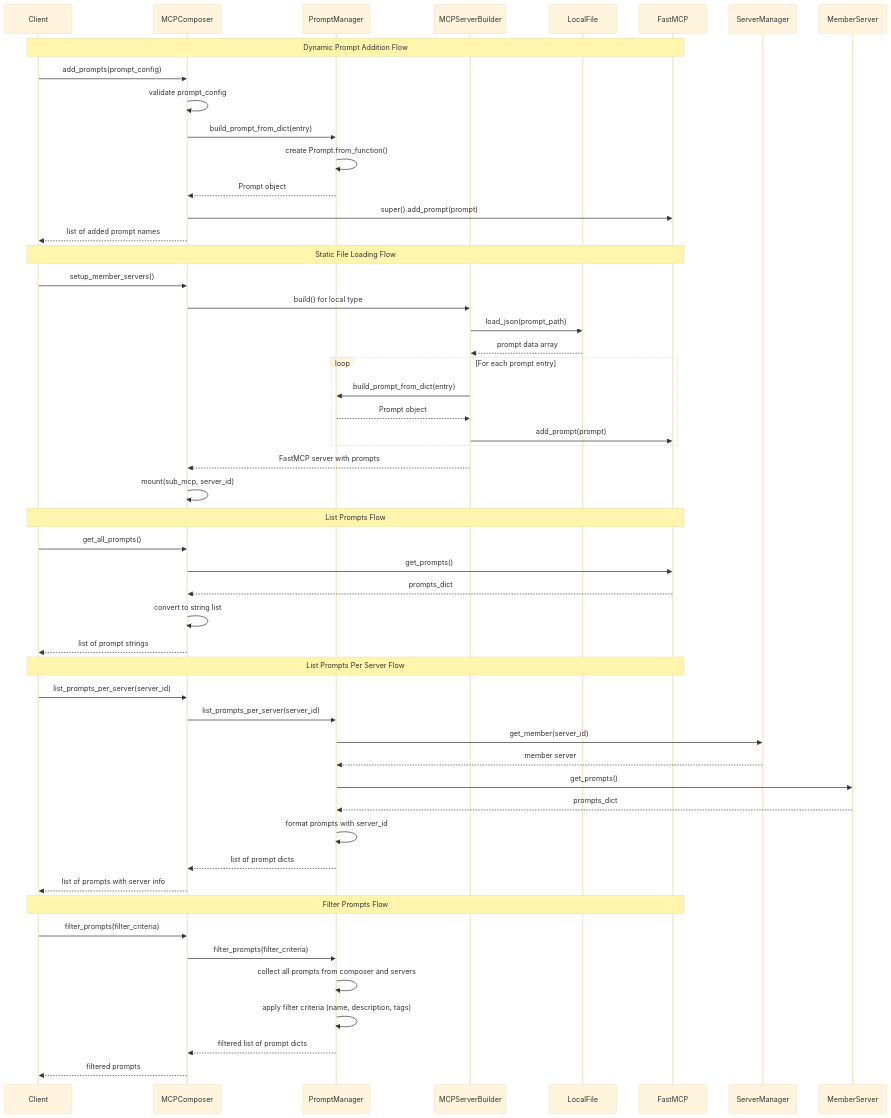
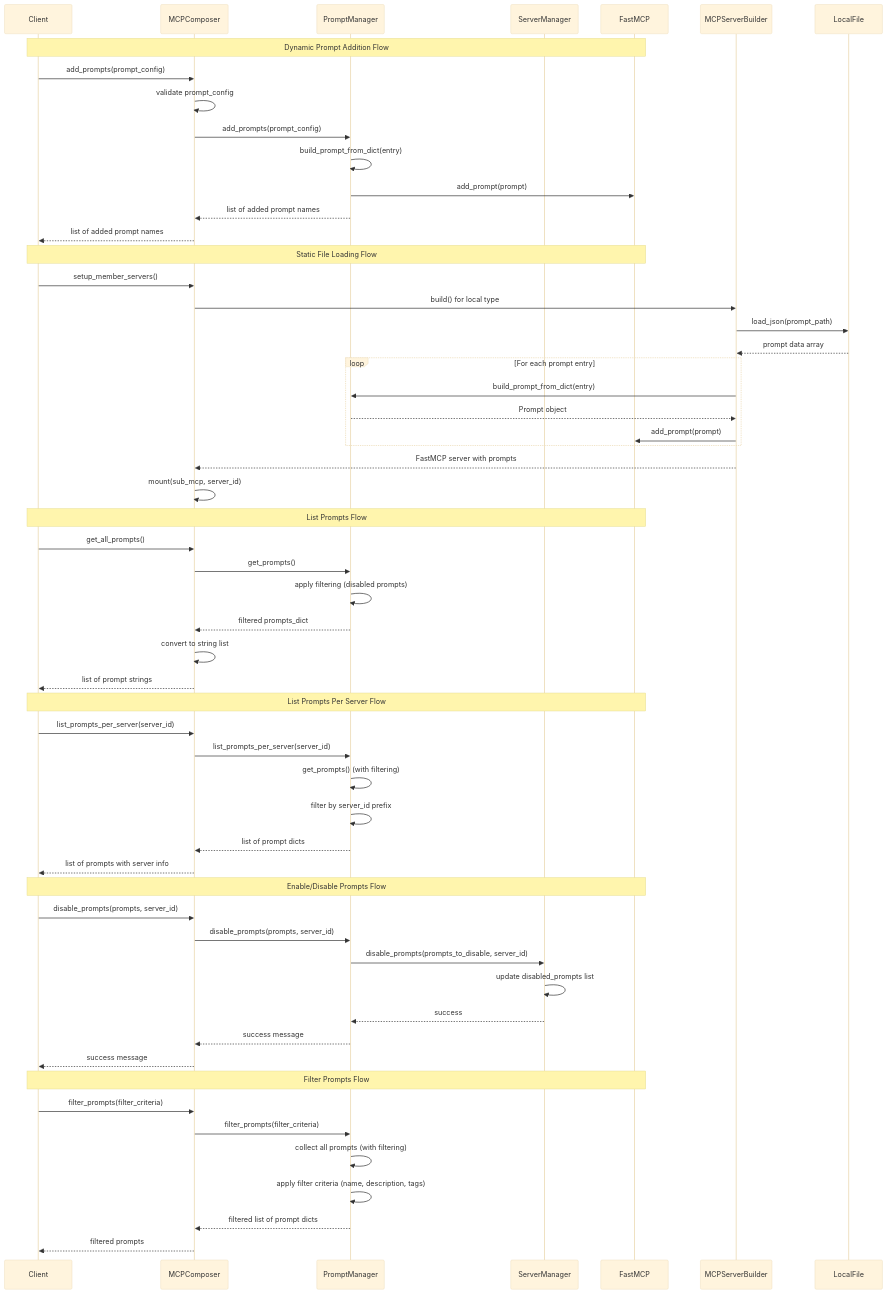
Before and after one commit to IBM/mcp-composer: the diagram in docs/guide/prompt-management.md, drawn with Mermaid (base theme). The commit also changed other lines of this file and 11 other files, not shown here.

First line of the commit message:
Added enable and disable for resource (#119)

````diff
--- a/docs/guide/prompt-management.md
+++ b/docs/guide/prompt-management.md
@@ -49,57 +55,63 @@
 ```mermaid
 sequenceDiagram
     participant Client
     participant MCPComposer
     participant PromptManager
-    participant MCPServerBuilder
-    participant LocalFile
+    participant ServerManager
     participant FastMCP
 
     Note over Client, FastMCP: Dynamic Prompt Addition Flow
     Client->>MCPComposer: add_prompts(prompt_config)
     MCPComposer->>MCPComposer: validate prompt_config
-    MCPComposer->>PromptManager: build_prompt_from_dict(entry)
-    PromptManager->>PromptManager: create Prompt.from_function()
-    PromptManager-->>MCPComposer: Prompt object
-    MCPComposer->>FastMCP: super().add_prompt(prompt)
+    MCPComposer->>PromptManager: add_prompts(prompt_config)
+    PromptManager->>PromptManager: build_prompt_from_dict(entry)
+    PromptManager->>FastMCP: add_prompt(prompt)
+    PromptManager-->>MCPComposer: list of added prompt names
     MCPComposer-->>Client: list of added prompt names
 
     Note over Client, FastMCP: Static File Loading Flow
     Client->>MCPComposer: setup_member_servers()
     MCPComposer->>MCPServerBuilder: build() for local type
     MCPServerBuilder->>LocalFile: load_json(prompt_path)
     LocalFile-->>MCPServerBuilder: prompt data array
     loop For each prompt entry
         MCPServerBuilder->>PromptManager: build_prompt_from_dict(entry)
         PromptManager-->>MCPServerBuilder: Prompt object
         MCPServerBuilder->>FastMCP: add_prompt(prompt)
     end
     MCPServerBuilder-->>MCPComposer: FastMCP server with prompts
     MCPComposer->>MCPComposer: mount(sub_mcp, server_id)
 
     Note over Client, FastMCP: List Prompts Flow
     Client->>MCPComposer: get_all_prompts()
-    MCPComposer->>FastMCP: get_prompts()
-    FastMCP-->>MCPComposer: prompts_dict
+    MCPComposer->>PromptManager: get_prompts()
+    PromptManager->>PromptManager: apply filtering (disabled prompts)
+    PromptManager-->>MCPComposer: filtered prompts_dict
     MCPComposer->>MCPComposer: convert to string list
     MCPComposer-->>Client: list of prompt strings
 
     Note over Client, FastMCP: List Prompts Per Server Flow
     Client->>MCPComposer: list_prompts_per_server(server_id)
     MCPComposer->>PromptManager: list_prompts_per_server(server_id)
-    PromptManager->>ServerManager: get_member(server_id)
-    ServerManager-->>PromptManager: member server
-    PromptManager->>MemberServer: get_prompts()
-    MemberServer-->>PromptManager: prompts_dict
-    PromptManager->>PromptManager: format prompts with server_id
+    PromptManager->>PromptManager: get_prompts() (with filtering)
+    PromptManager->>PromptManager: filter by server_id prefix
     PromptManager-->>MCPComposer: list of prompt dicts
     MCPComposer-->>Client: list of prompts with server info
+
+    Note over Client, FastMCP: Enable/Disable Prompts Flow
+    Client->>MCPComposer: disable_prompts(prompts, server_id)
+    MCPComposer->>PromptManager: disable_prompts(prompts, server_id)
+    PromptManager->>ServerManager: disable_prompts(prompts_to_disable, server_id)
+    ServerManager->>ServerManager: update disabled_prompts list
+    ServerManager-->>PromptManager: success
+    PromptManager-->>MCPComposer: success message
+    MCPComposer-->>Client: success message
 
     Note over Client, FastMCP: Filter Prompts Flow
     Client->>MCPComposer: filter_prompts(filter_criteria)
     MCPComposer->>PromptManager: filter_prompts(filter_criteria)
-    PromptManager->>PromptManager: collect all prompts from composer and servers
+    PromptManager->>PromptManager: collect all prompts (with filtering)
     PromptManager->>PromptManager: apply filter criteria (name, description, tags)
     PromptManager-->>MCPComposer: filtered list of prompt dicts
     MCPComposer-->>Client: filtered prompts
 ```
````
